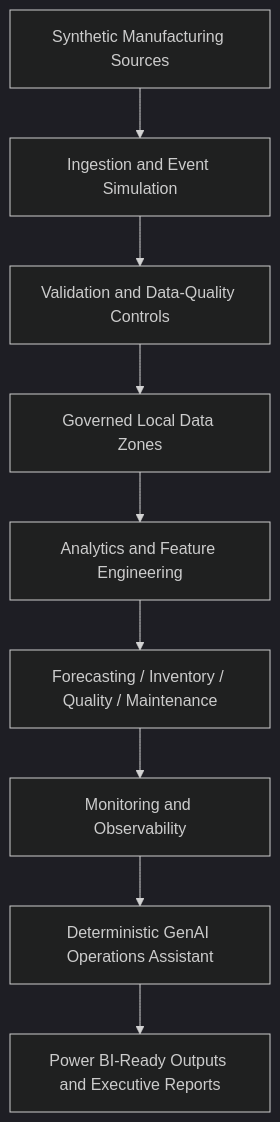
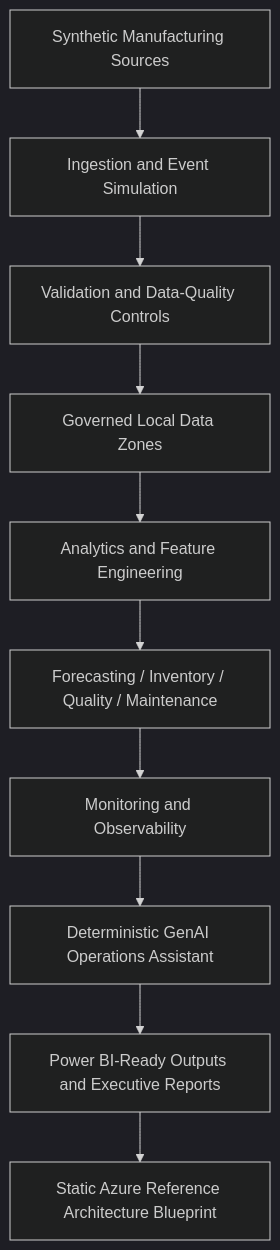
Before and after one commit to Ibraheemolasupogit/azure-manufacturing-intelligence-platform: the diagram in README.md, drawn with Mermaid (dark theme). The commit also changed other lines of this file and 84 other files, not shown here.

Commit message:
Add Azure reference architecture blueprint

````diff
--- a/README.md
+++ b/README.md
@@ -56,11 +57,12 @@
 ```mermaid
 flowchart TD
     sources["Synthetic Manufacturing Sources"] --> ingestion["Ingestion and Event Simulation"]
     ingestion --> validation["Validation and Data-Quality Controls"]
     validation --> zones["Governed Local Data Zones"]
     zones --> analytics["Analytics and Feature Engineering"]
     analytics --> intelligence["Forecasting / Inventory / Quality / Maintenance"]
     intelligence --> monitoring["Monitoring and Observability"]
     monitoring --> genai["Deterministic GenAI Operations Assistant"]
     genai --> outputs["Power BI-Ready Outputs and Executive Reports"]
+    outputs --> architecture["Static Azure Reference Architecture Blueprint"]
 ```
````
